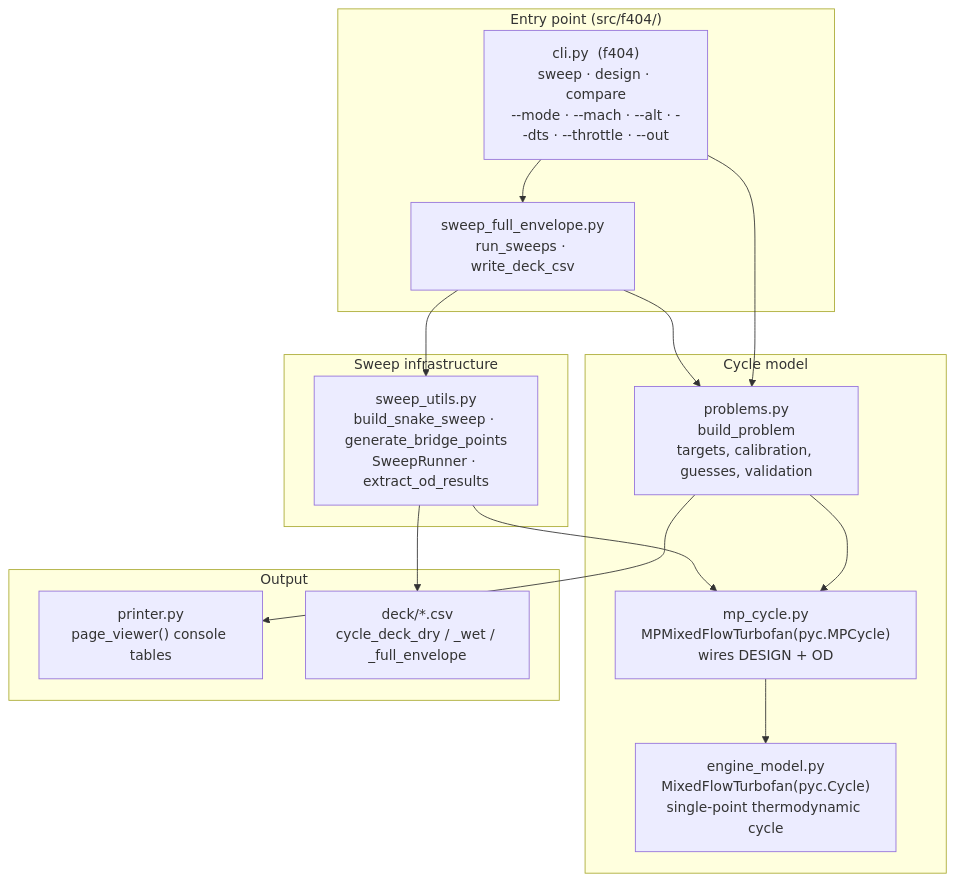
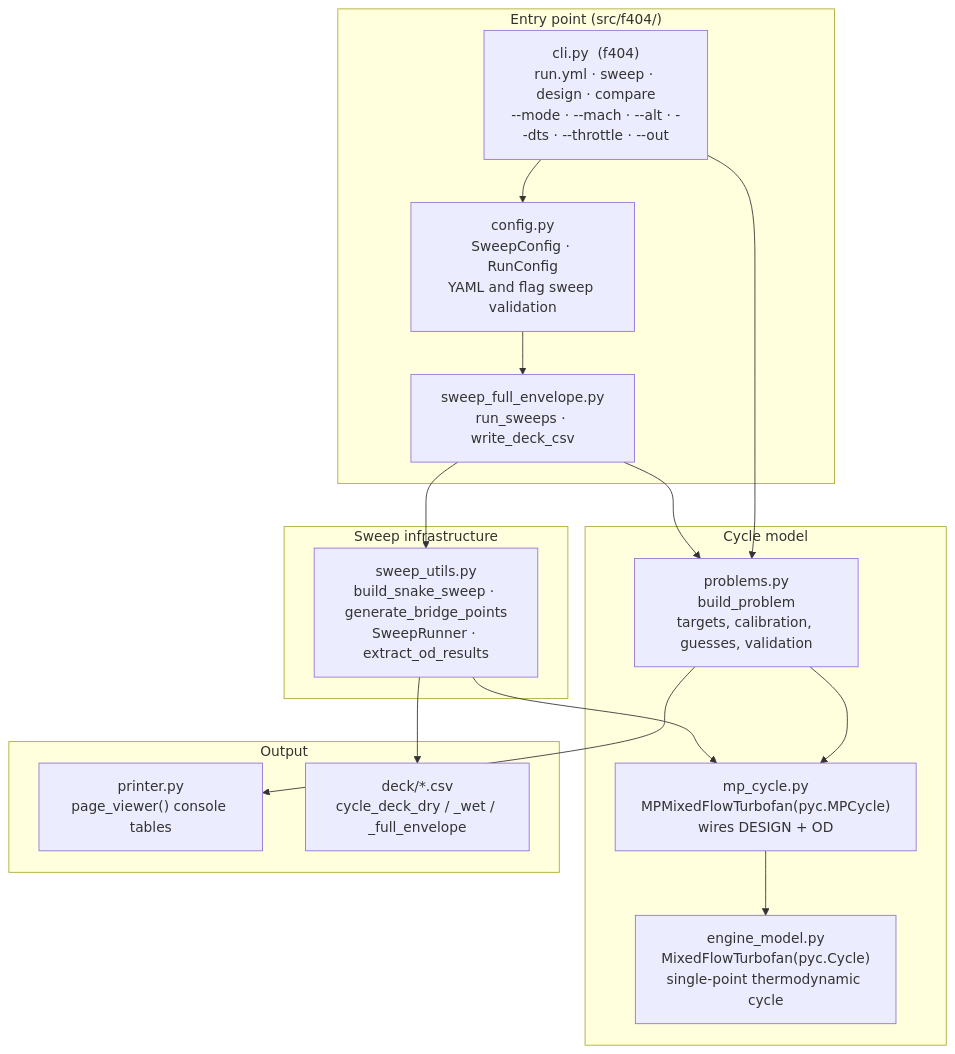
One commit to Jhawk414/F404 changed the diagram in README.md. Above: the diagram before and after it, drawn with Mermaid. The commit also changed other lines of this file and 4 other files, not shown here.

````diff
--- a/README.md
+++ b/README.md
@@ -101,32 +103,34 @@
 ```mermaid
 flowchart TD
     subgraph Drivers["Entry point (src/f404/)"]
-        CLI["cli.py  (f404)<br/>sweep · design · compare<br/>--mode · --mach · --alt · --dts · --throttle · --out"]
+        CLI["cli.py  (f404)<br/>run.yml · sweep · design · compare<br/>--mode · --mach · --alt · --dts · --throttle · --out"]
+        CFG["config.py<br/>SweepConfig · RunConfig<br/>YAML and flag sweep validation"]
         A["sweep_full_envelope.py<br/>run_sweeps · write_deck_csv"]
     end
 
     subgraph Model["Cycle model"]
         B["problems.py<br/>build_problem<br/>targets, calibration, guesses, validation"]
         C["mp_cycle.py<br/>MPMixedFlowTurbofan(pyc.MPCycle)<br/>wires DESIGN + OD"]
         D["engine_model.py<br/>MixedFlowTurbofan(pyc.Cycle)<br/>single-point thermodynamic cycle"]
     end
 
     subgraph Sweep["Sweep infrastructure"]
         E["sweep_utils.py<br/>build_snake_sweep · generate_bridge_points<br/>SweepRunner · extract_od_results"]
     end
 
     subgraph Output["Output"]
         F["printer.py<br/>page_viewer() console tables"]
         G["deck/*.csv<br/>cycle_deck_dry / _wet / _full_envelope"]
     end
 
-    CLI --> A
+    CLI --> CFG
+    CFG --> A
     CLI --> B
     A --> B
     B --> C
     C --> D
     B --> F
     A --> E
     E --> C
     E --> G
 ```
````
